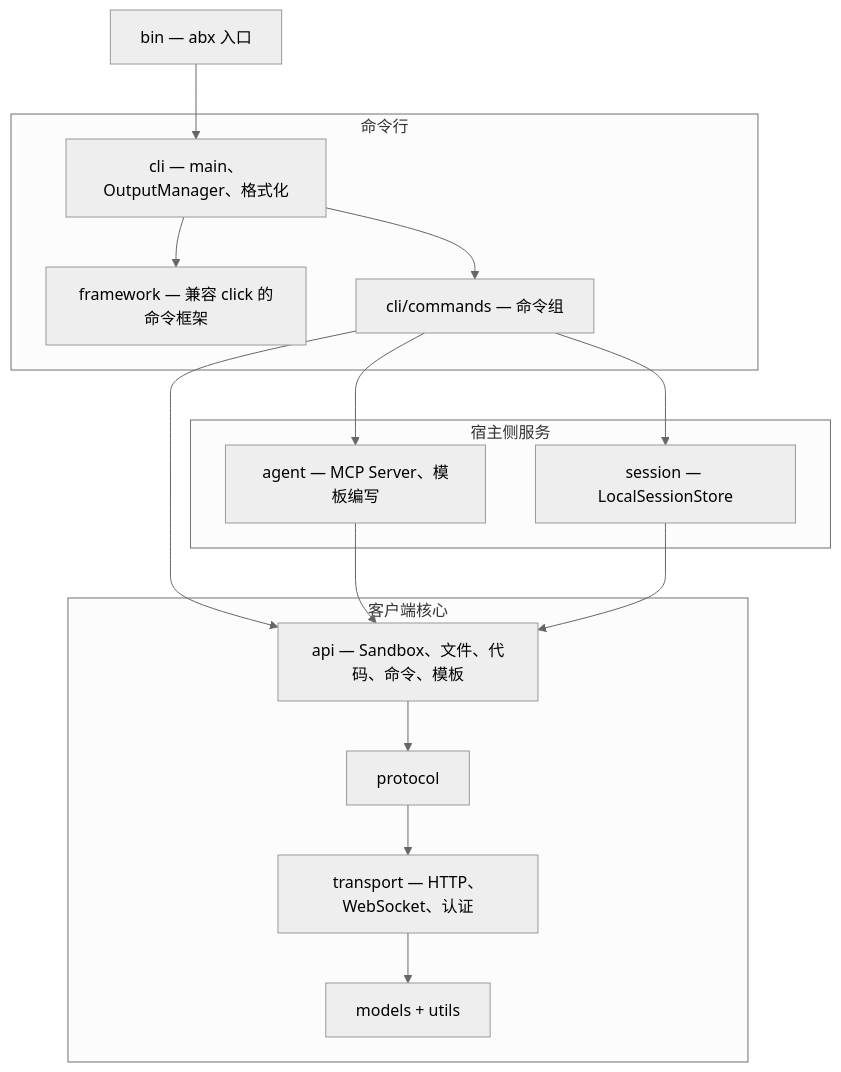
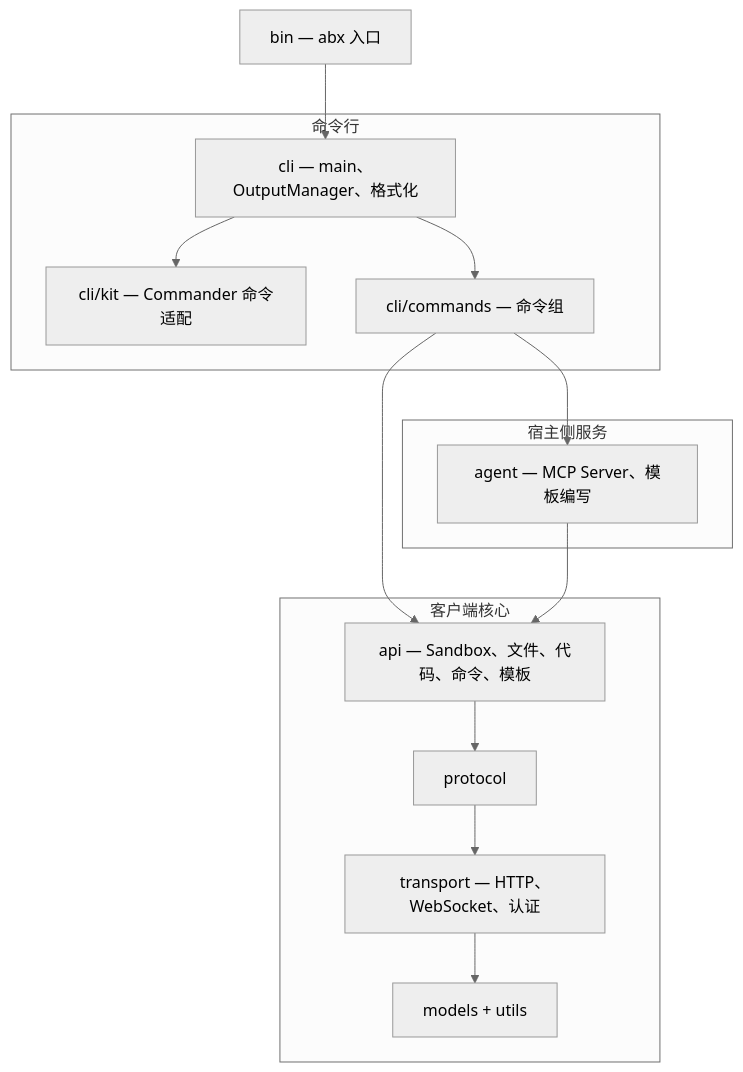
Before and after one commit to Alibaba-Agent-Sandbox/agent-sandbox: the diagram in docs/zh/DESIGN.md, drawn with Mermaid (neutral theme). The commit also changed 44 other files, not shown here.

````diff
--- a/docs/zh/DESIGN.md
+++ b/docs/zh/DESIGN.md
@@ -34,27 +34,24 @@
 ```mermaid
 graph TB
     BIN["bin — abx 入口"]
     subgraph Front["命令行"]
-        FW["framework — 兼容 click 的命令框架"]
+        FW["cli/kit — Commander 命令适配"]
         CLI["cli — main、OutputManager、格式化"]
         CMD["cli/commands — 命令组"]
     end
     subgraph Services["宿主侧服务"]
         AG["agent — MCP Server、模板编写"]
-        SES["session — LocalSessionStore"]
     end
     subgraph Core["客户端核心"]
         API["api — Sandbox、文件、代码、命令、模板"]
         PRO["protocol"]
         TRA["transport — HTTP、WebSocket、认证"]
         MOD["models + utils"]
     end
     BIN --> CLI --> FW
     CLI --> CMD
     CMD --> AG
-    CMD --> SES
     CMD --> API
     AG --> API
-    SES --> API
     API --> PRO --> TRA --> MOD
 ```
````
